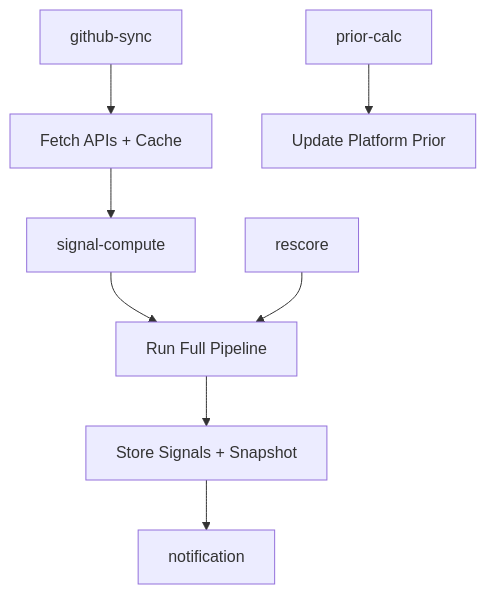
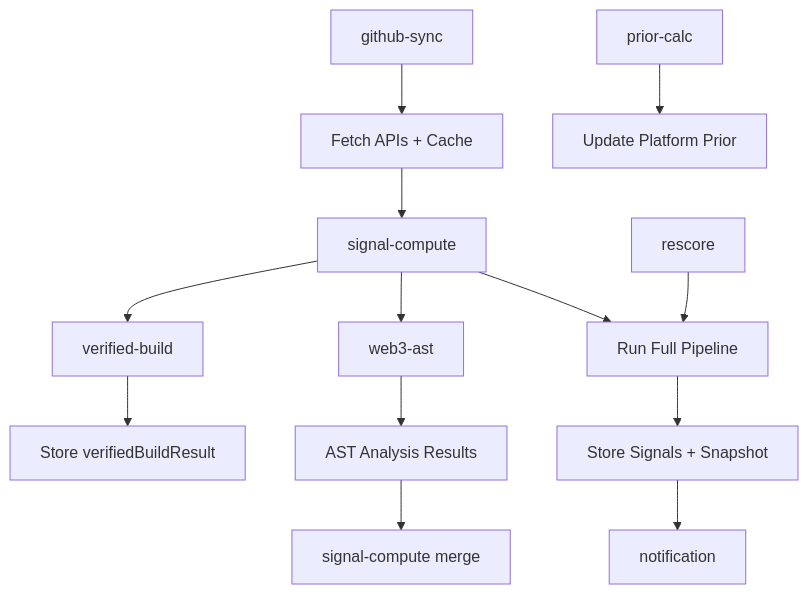
The fourth of 4 diagrams in PLAN.md (Hikabu/A16Zero), drawn with Mermaid before and after one commit. The commit also changed other lines of this file and 11 other files, not shown here.

````diff
--- a/PLAN.md
+++ b/PLAN.md
@@ -568,11 +738,18 @@
 ```mermaid
 flowchart TD
     A[github-sync] --> B[Fetch APIs + Cache]
     B --> C[signal-compute]
     C --> D[Run Full Pipeline]
     D --> E[Store Signals + Snapshot]
     E --> F[notification]
 
     G[rescore] --> D
     H[prior-calc] --> I[Update Platform Prior]
+
+    C --> J[web3-ast]
+    J --> K[AST Analysis Results]
+    K --> C2[signal-compute merge]
+
+    C --> L[verified-build]
+    L --> M[Store verifiedBuildResult]
 ```
````
